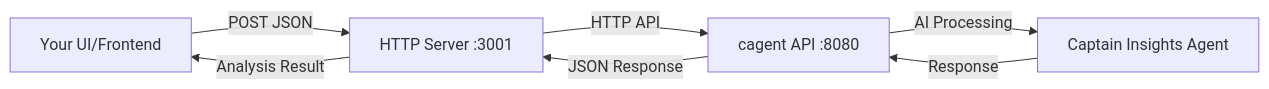
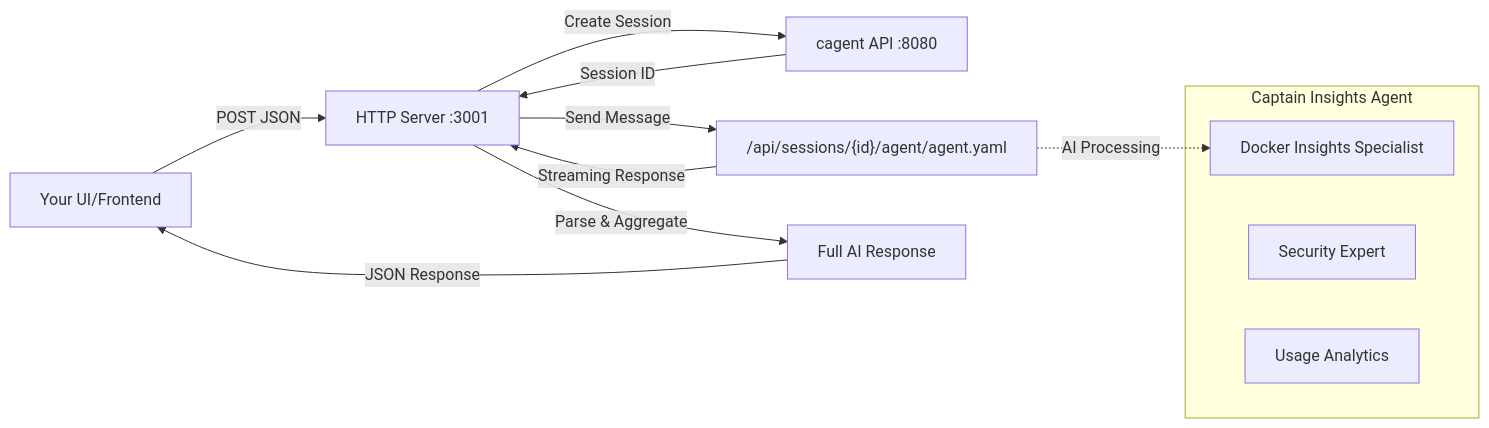
The diagram in README.md (derekmisler/insights-agent), drawn with Mermaid before and after one commit. The commit also changed other lines of this file and 2 other files, not shown here.

````diff
--- a/README.md
+++ b/README.md
@@ -288,9 +324,18 @@
 ```mermaid
 graph LR
     A[Your UI/Frontend] -->|POST JSON| B[HTTP Server :3001]
-    B -->|HTTP API| C[cagent API :8080]
-    C -->|AI Processing| D[Captain Insights Agent]
-    D -->|Response| C
-    C -->|JSON Response| B
-    B -->|Analysis Result| A
+    B -->|Create Session| C[cagent API :8080]
+    C -->|Session ID| B
+    B -->|Send Message| D["/api/sessions/{id}/agent/agent.yaml"]
+    D -->|Streaming Response| B
+    B -->|Parse & Aggregate| E[Full AI Response]
+    E -->|JSON Response| A
+
+    subgraph "Captain Insights Agent"
+        F[Docker Insights Specialist]
+        G[Security Expert]
+        H[Usage Analytics]
+    end
+
+    D -.->|AI Processing| F
 ```
````
